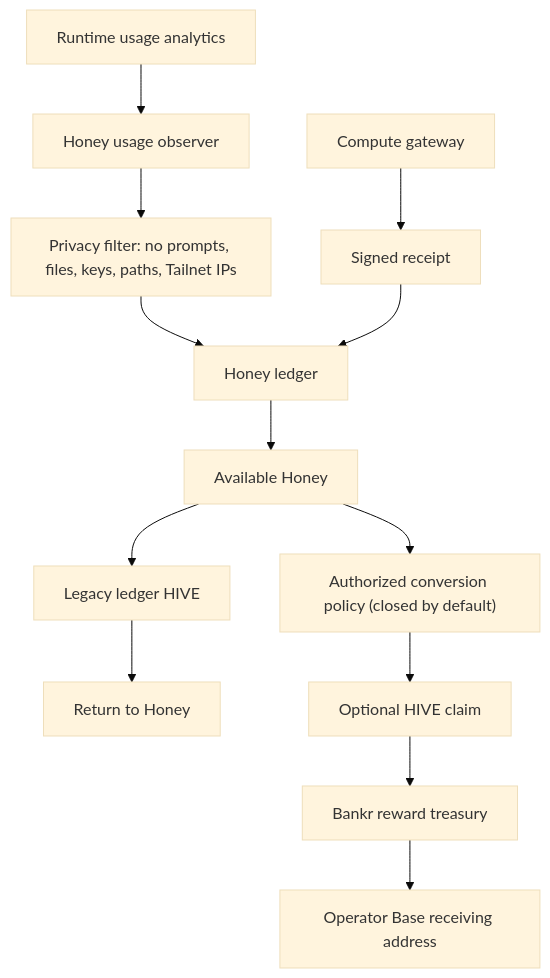
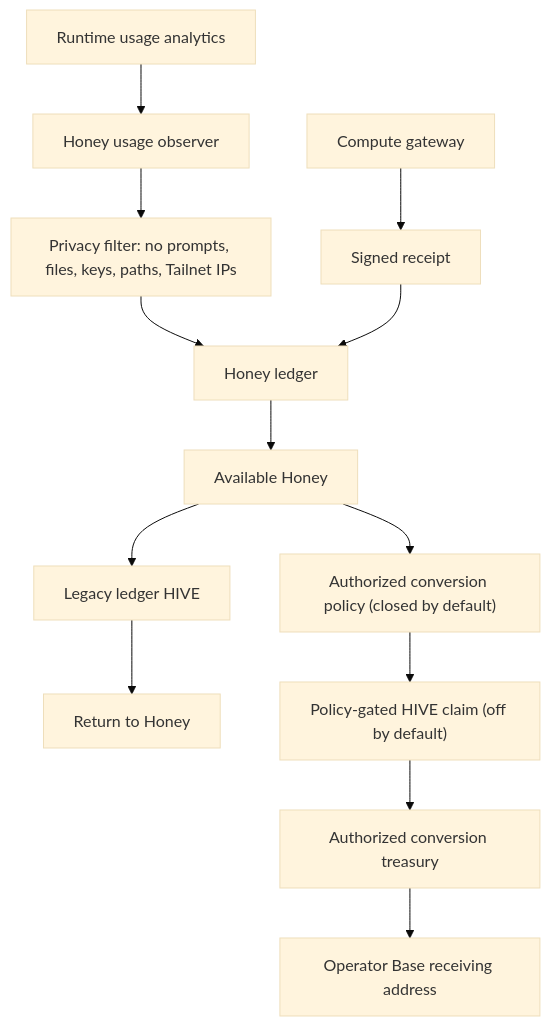
One commit to LiamVisionary/hivemindos changed the fifth of 15 diagrams in docs/for-users/diagrams.md. Above: the diagram before and after it, drawn with Mermaid (base theme). The commit also changed other lines of this file and 3 other files, not shown here.

````diff
--- a/docs/for-users/diagrams.md
+++ b/docs/for-users/diagrams.md
@@ -170,15 +170,15 @@
 ```mermaid
 flowchart TD
   RuntimeUsage["Runtime usage analytics"] --> Observer["Honey usage observer"]
   Observer --> PrivacyFilter["Privacy filter: no prompts, files, keys, paths, Tailnet IPs"]
   PrivacyFilter --> HoneyLedger["Honey ledger"]
   ComputeGateway["Compute gateway"] --> WorkerReceipt["Signed receipt"]
   WorkerReceipt --> HoneyLedger
   HoneyLedger --> Honey["Available Honey"]
   Honey --> LegacyHive["Legacy ledger HIVE"]
   LegacyHive --> Return["Return to Honey"]
   Honey --> PolicyGate["Authorized conversion policy (closed by default)"]
-  PolicyGate --> BankrClaim["Optional HIVE claim"]
-  BankrClaim --> Treasury["Bankr reward treasury"]
+  PolicyGate --> BankrClaim["Policy-gated HIVE claim (off by default)"]
+  BankrClaim --> Treasury["Authorized conversion treasury"]
   Treasury --> BaseWallet["Operator Base receiving address"]
 ```
````
